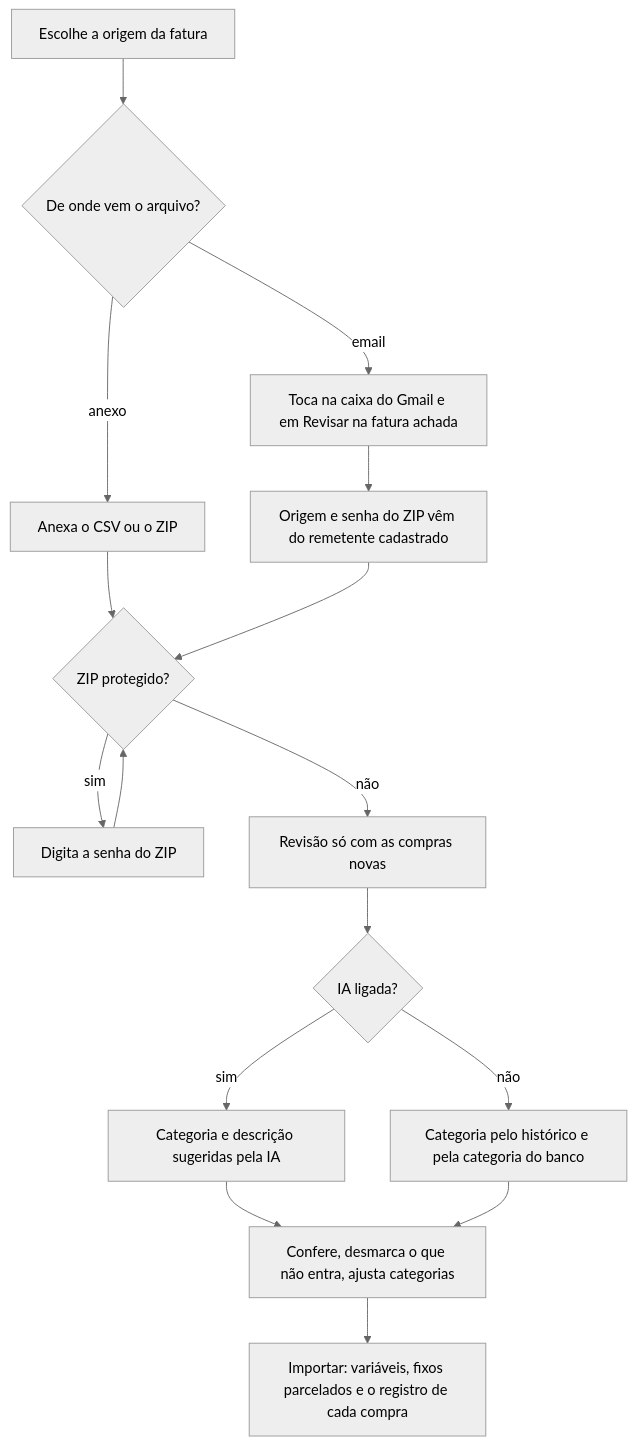
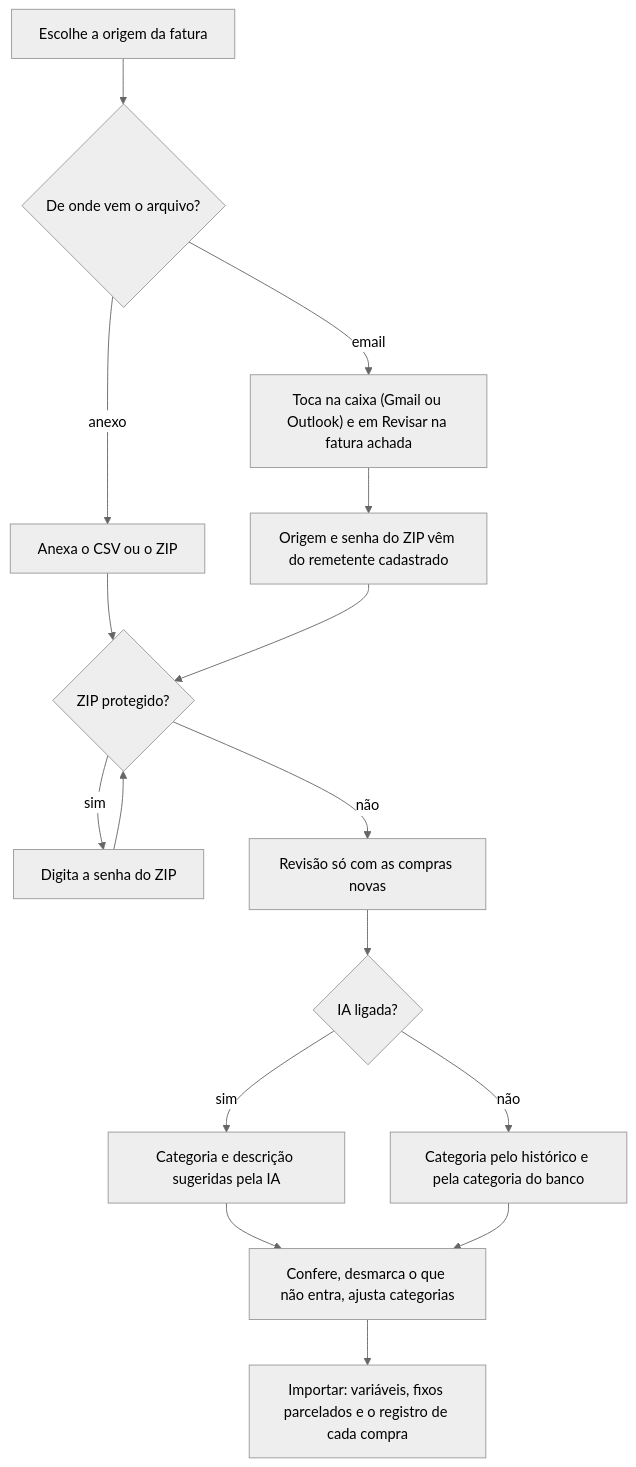
Before and after one commit to RuanPS01/cash-organizer-web: the second of 4 diagrams in docs/07-fluxos-aplicacao.md, drawn with Mermaid (neutral theme). The commit also changed other lines of this file and 21 other files, not shown here.

First line of the commit message:
feat: faturas por email também no Outlook e no Hotmail

````diff
--- a/docs/07-fluxos-aplicacao.md
+++ b/docs/07-fluxos-aplicacao.md
@@ -39,18 +39,18 @@
 ```mermaid
 flowchart TD
   A["Escolhe a origem da fatura"] --> B{"De onde vem o arquivo?"}
   B -- "anexo" --> C["Anexa o CSV ou o ZIP"]
-  B -- "email" --> D["Toca na caixa do Gmail e em Revisar na fatura achada"]
+  B -- "email" --> D["Toca na caixa (Gmail ou Outlook) e em Revisar na fatura achada"]
   D --> E["Origem e senha do ZIP vêm do remetente cadastrado"]
   C --> F{"ZIP protegido?"}
   E --> F
   F -- "sim" --> G["Digita a senha do ZIP"]
   G --> F
   F -- "não" --> H["Revisão só com as compras novas"]
   H --> I{"IA ligada?"}
   I -- "sim" --> J["Categoria e descrição sugeridas pela IA"]
   I -- "não" --> K["Categoria pelo histórico e pela categoria do banco"]
   J --> L["Confere, desmarca o que não entra, ajusta categorias"]
   K --> L
   L --> M["Importar: variáveis, fixos parcelados e o registro de cada compra"]
 ```
````
